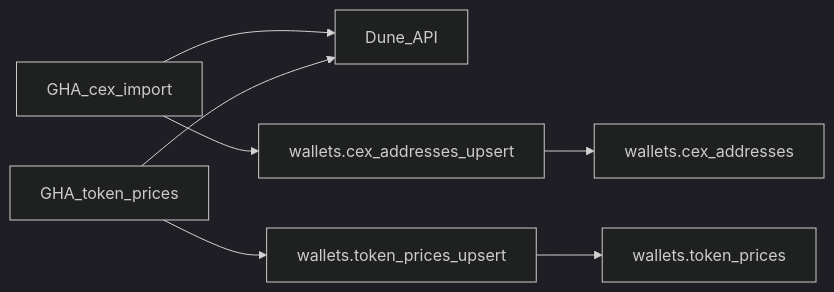
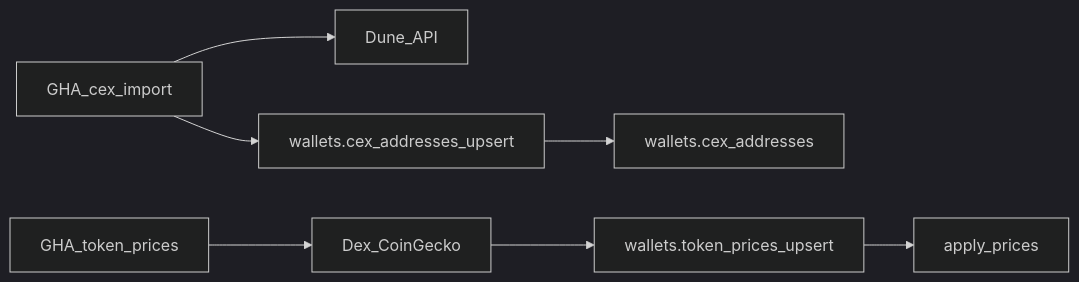
The fifth of 5 diagrams in docs/ARCHITECTURE.md (GlobalScoreAgent/gsa-workers), drawn with Mermaid (dark theme) before and after one commit. The commit also changed other lines of this file and 14 other files, not shown here.

First line of the commit message:
Replace Dune token prices import with DexScreener/CoinGecko enrich.

````diff
--- a/docs/ARCHITECTURE.md
+++ b/docs/ARCHITECTURE.md
@@ -138,9 +138,9 @@
 ```mermaid
 flowchart LR
   ghaCex[GHA_cex_import] --> duneApi[Dune_API]
   ghaCex --> upsertCex["wallets.cex_addresses_upsert"]
   upsertCex --> cexTable[wallets.cex_addresses]
-  ghaPrices[GHA_token_prices] --> duneApi
-  ghaPrices --> upsertPrices["wallets.token_prices_upsert"]
-  upsertPrices --> pricesTable[wallets.token_prices]
+  ghaPrices[GHA_token_prices] --> dexCg[Dex_CoinGecko]
+  dexCg --> upsertPrices["wallets.token_prices_upsert"]
+  upsertPrices --> applyPos["apply_prices"]
 ```
````
